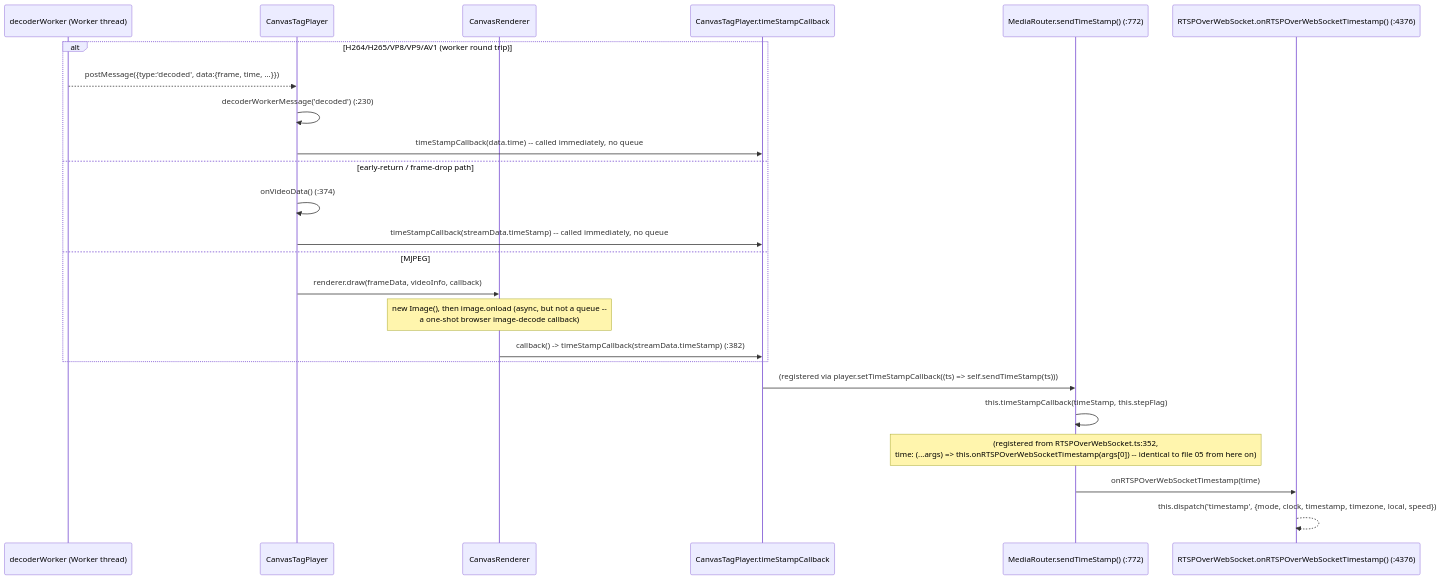
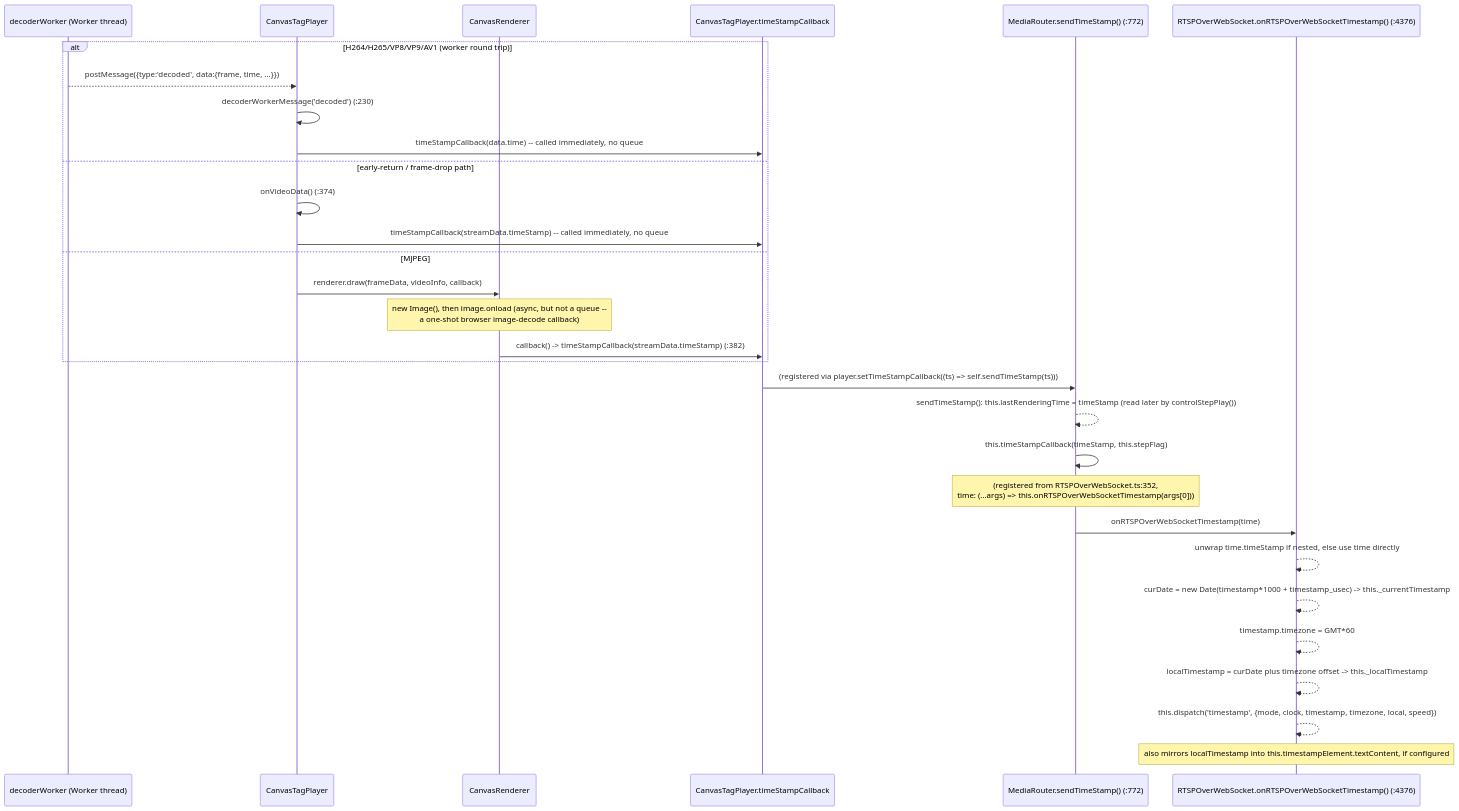
One commit to melchi45/rtsp-over-websocket changed the fourth of 8 diagrams in docs/player/11-canvas-tag-player.md. Above: the diagram before and after it, drawn with Mermaid. The commit also changed other lines of this file and 3 other files, not shown here.

````diff
--- a/docs/player/11-canvas-tag-player.md
+++ b/docs/player/11-canvas-tag-player.md
@@ -337,28 +414,34 @@
 ```mermaid
 sequenceDiagram
     participant DW as decoderWorker (Worker thread)
     participant CTP as CanvasTagPlayer
     participant CR as CanvasRenderer
     participant VTP as CanvasTagPlayer.timeStampCallback
     participant MR as MediaRouter.sendTimeStamp() (:772)
     participant RWS as RTSPOverWebSocket.onRTSPOverWebSocketTimestamp() (:4376)
 
     alt H264/H265/VP8/VP9/AV1 (worker round trip)
         DW-->>CTP: postMessage({type:'decoded', data:{frame, time, ...}})
         CTP->>CTP: decoderWorkerMessage('decoded') (:230)
         CTP->>VTP: timeStampCallback(data.time) -- called immediately, no queue
     else early-return / frame-drop path
         CTP->>CTP: onVideoData() (:374)
         CTP->>VTP: timeStampCallback(streamData.timeStamp) -- called immediately, no queue
     else MJPEG
         CTP->>CR: renderer.draw(frameData, videoInfo, callback)
         Note over CR: new Image(), then image.onload (async, but not a queue --<br/>a one-shot browser image-decode callback)
         CR->>VTP: callback() -> timeStampCallback(streamData.timeStamp) (:382)
     end
 
     VTP->>MR: (registered via player.setTimeStampCallback((ts) => self.sendTimeStamp(ts)))
+    MR-->>MR: sendTimeStamp(): this.lastRenderingTime = timeStamp (read later by controlStepPlay())
     MR->>MR: this.timeStampCallback(timeStamp, this.stepFlag)
-    Note over MR: (registered from RTSPOverWebSocket.ts:352,<br/>time: (...args) => this.onRTSPOverWebSocketTimestamp(args[0]) -- identical to file 05 from here on)
+    Note over MR: (registered from RTSPOverWebSocket.ts:352,<br/>time: (...args) => this.onRTSPOverWebSocketTimestamp(args[0]))
     MR->>RWS: onRTSPOverWebSocketTimestamp(time)
+    RWS-->>RWS: unwrap time.timeStamp if nested, else use time directly
+    RWS-->>RWS: curDate = new Date(timestamp*1000 + timestamp_usec) -> this._currentTimestamp
+    RWS-->>RWS: timestamp.timezone = GMT*60
+    RWS-->>RWS: localTimestamp = curDate plus timezone offset -> this._localTimestamp
     RWS-->>RWS: this.dispatch('timestamp', {mode, clock, timestamp, timezone, local, speed})
+    Note over RWS: also mirrors localTimestamp into this.timestampElement.textContent, if configured
 ```
````
